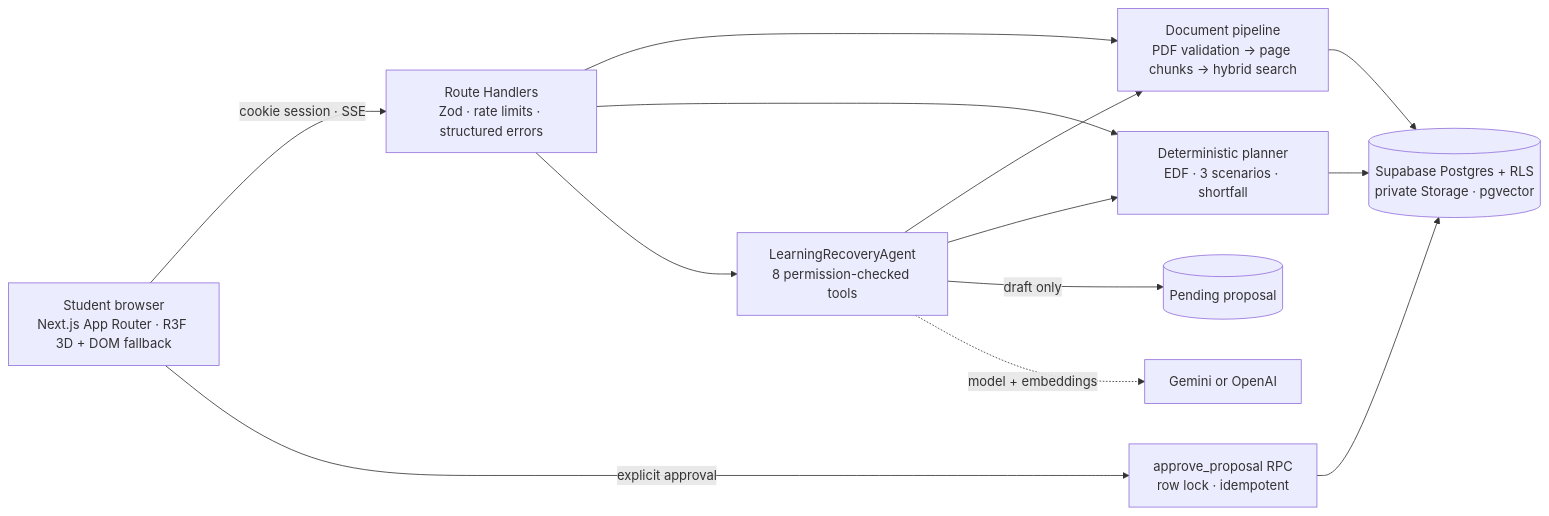
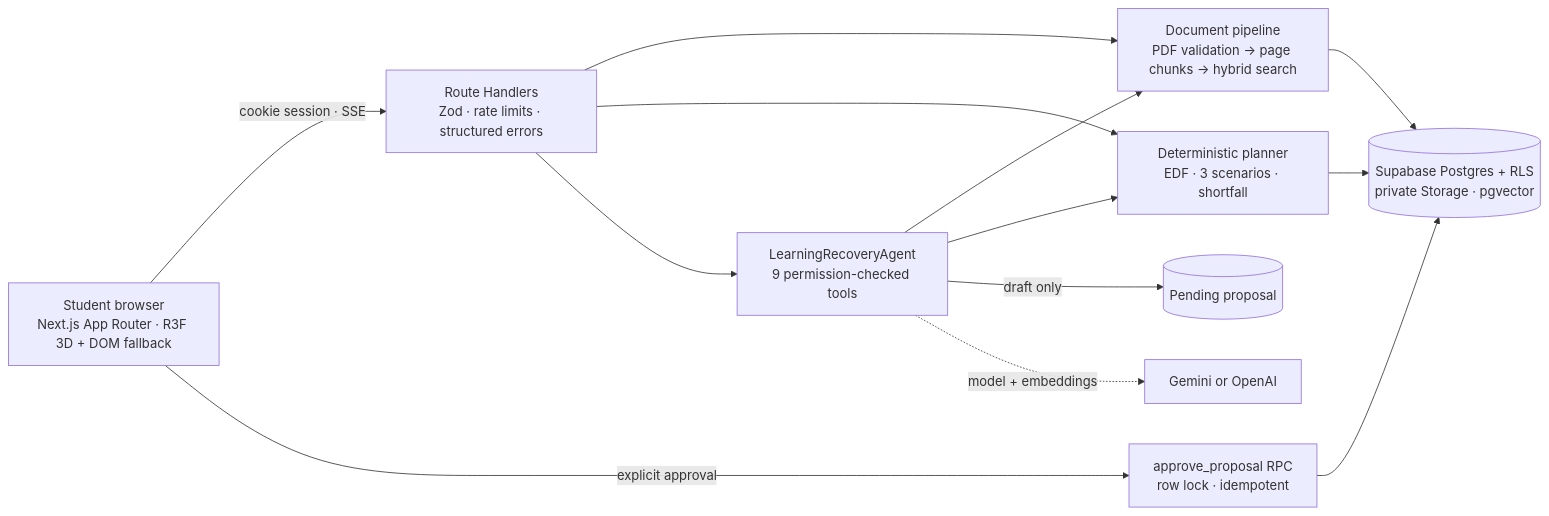
One commit to krish2105/CatchupAI-Agentic-AI changed the diagram in README.md. Above: the diagram before and after it, drawn with Mermaid. The commit also changed other lines of this file and 14 other files, not shown here.

````diff
--- a/README.md
+++ b/README.md
@@ -117,15 +118,15 @@
 ```mermaid
 flowchart LR
   U[Student browser<br/>Next.js App Router · R3F 3D + DOM fallback] -->|cookie session · SSE| API[Route Handlers<br/>Zod · rate limits · structured errors]
   API --> RAG[Document pipeline<br/>PDF validation → page chunks → hybrid search]
   API --> PLAN[Deterministic planner<br/>EDF · 3 scenarios · shortfall]
-  API --> AGENT[LearningRecoveryAgent<br/>8 permission-checked tools]
+  API --> AGENT[LearningRecoveryAgent<br/>9 permission-checked tools]
   AGENT --> RAG
   AGENT --> PLAN
   AGENT -->|draft only| PROP[(Pending proposal)]
   U -->|explicit approval| APPROVE[approve_proposal RPC<br/>row lock · idempotent]
   APPROVE --> DB[(Supabase Postgres + RLS<br/>private Storage · pgvector)]
   RAG --> DB
   PLAN --> DB
   AGENT -. model + embeddings .-> OAI[Gemini or OpenAI]
 ```
````
